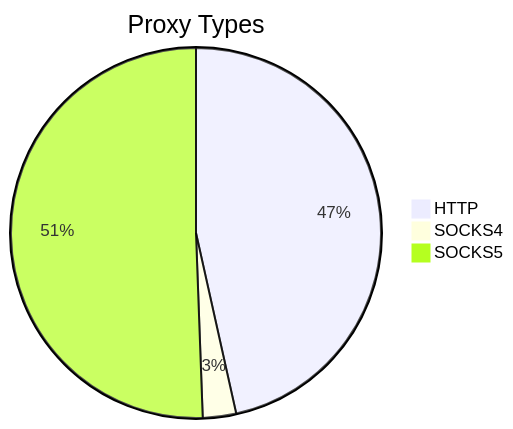
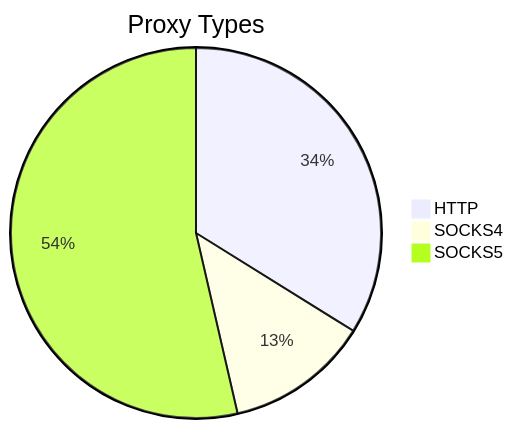
The first of 2 diagrams in README.md (stormsia/proxy-list), drawn with Mermaid before and after one commit. The commit also changed other lines of this file, not shown here.

````diff
--- a/README.md
+++ b/README.md
@@ -21,6 +21,6 @@
 ```mermaid
 pie title Proxy Types
-    "HTTP" : 160
-    "SOCKS4" : 10
-    "SOCKS5" : 174
+    "HTTP" : 216
+    "SOCKS4" : 80
+    "SOCKS5" : 342
 ```
````
